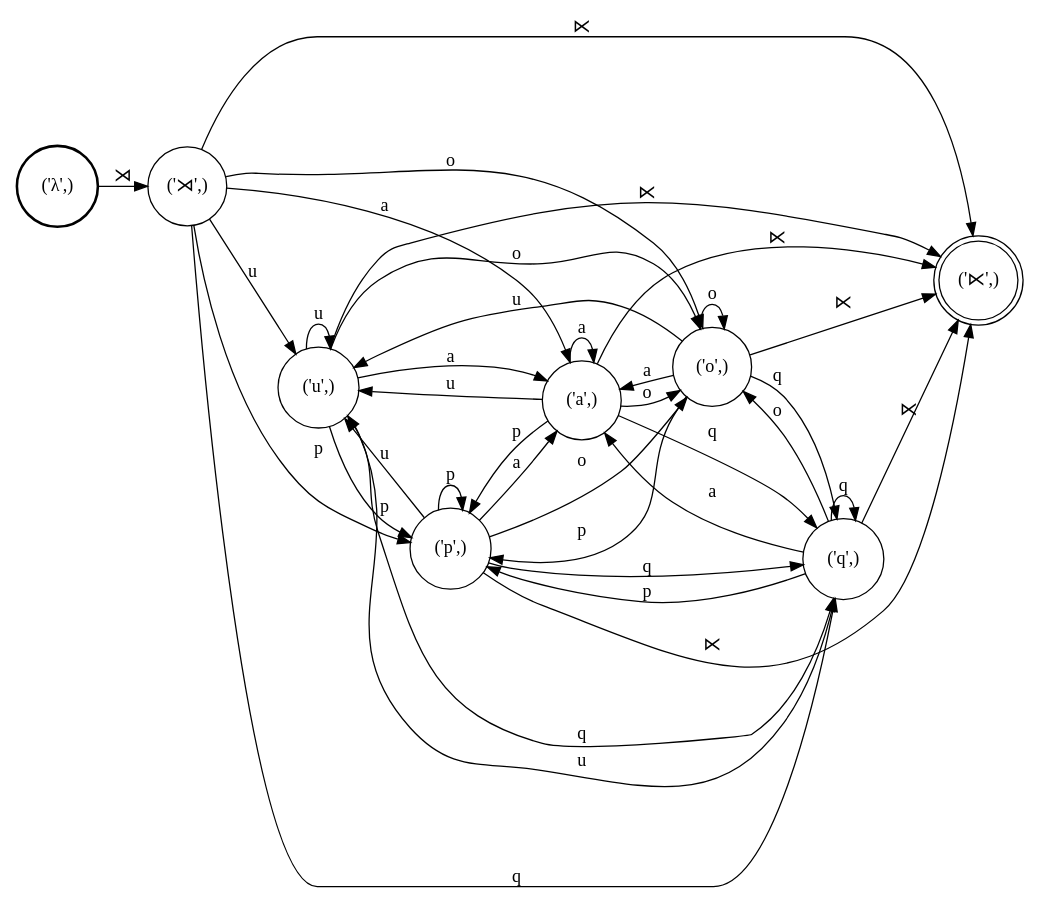
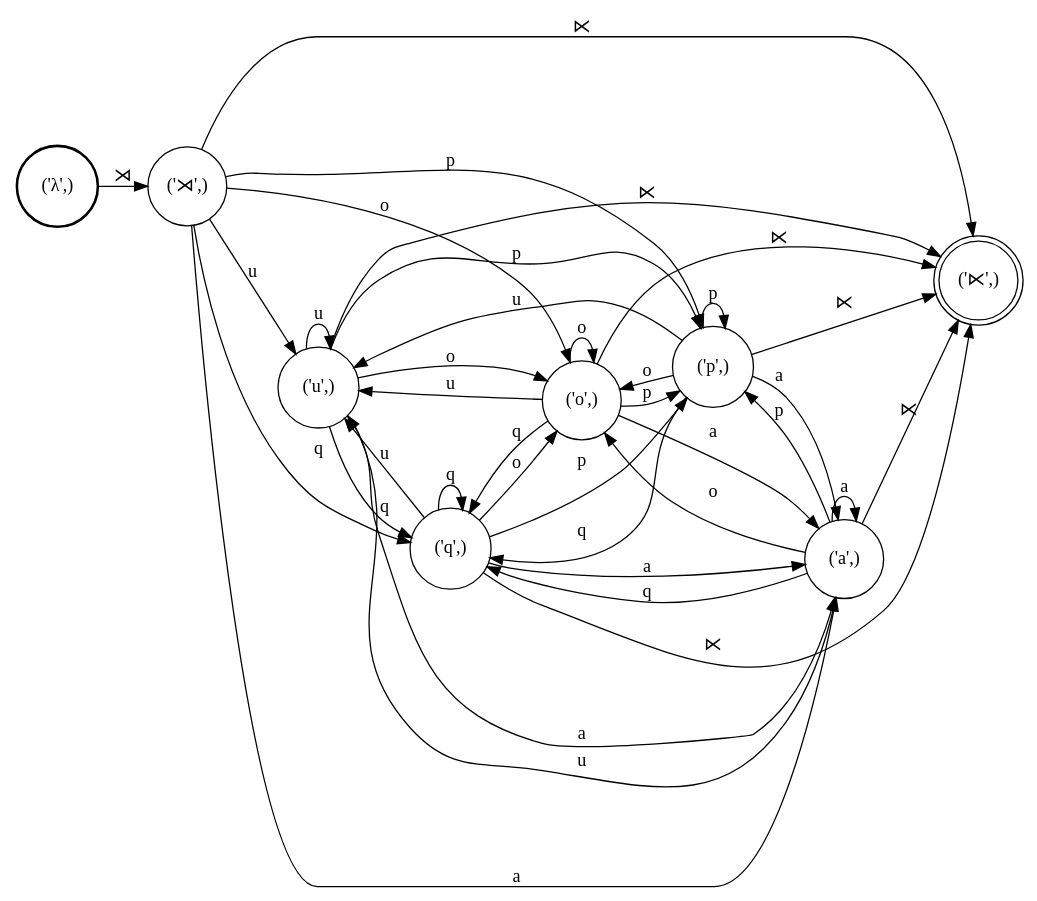
The diagram in demo/quechua/Left_context.dot (colincwilson/statgram), drawn with Graphviz before and after one commit. The commit also changed 7 other files, not shown here.

```diff
--- a/demo/quechua/Left_context.dot
+++ b/demo/quechua/Left_context.dot
@@ -1,53 +1,53 @@
 digraph FST {
 rankdir = LR;
 size = "8.5,11";
 center = 1;
 orientation = Portrait;
 ranksep = "0.4";
 nodesep = "0.25";
 0 [label = "('λ',)", shape = circle, style = bold, fontsize = 14]
 	0 -> 1 [label = "⋊", fontsize = 14];
 1 [label = "('⋊',)", shape = circle, style = solid, fontsize = 14]
 	1 -> 2 [label = "u", fontsize = 14];
-	1 -> 3 [label = "p", fontsize = 14];
-	1 -> 4 [label = "a", fontsize = 14];
-	1 -> 5 [label = "q", fontsize = 14];
-	1 -> 6 [label = "o", fontsize = 14];
+	1 -> 3 [label = "q", fontsize = 14];
+	1 -> 4 [label = "o", fontsize = 14];
+	1 -> 5 [label = "a", fontsize = 14];
+	1 -> 6 [label = "p", fontsize = 14];
 	1 -> 7 [label = "⋉", fontsize = 14];
 2 [label = "('u',)", shape = circle, style = solid, fontsize = 14]
 	2 -> 2 [label = "u", fontsize = 14];
-	2 -> 3 [label = "p", fontsize = 14];
-	2 -> 4 [label = "a", fontsize = 14];
-	2 -> 5 [label = "q", fontsize = 14];
-	2 -> 6 [label = "o", fontsize = 14];
+	2 -> 3 [label = "q", fontsize = 14];
+	2 -> 4 [label = "o", fontsize = 14];
+	2 -> 5 [label = "a", fontsize = 14];
+	2 -> 6 [label = "p", fontsize = 14];
 	2 -> 7 [label = "⋉", fontsize = 14];
-3 [label = "('p',)", shape = circle, style = solid, fontsize = 14]
+3 [label = "('q',)", shape = circle, style = solid, fontsize = 14]
 	3 -> 2 [label = "u", fontsize = 14];
-	3 -> 3 [label = "p", fontsize = 14];
-	3 -> 4 [label = "a", fontsize = 14];
-	3 -> 5 [label = "q", fontsize = 14];
-	3 -> 6 [label = "o", fontsize = 14];
+	3 -> 3 [label = "q", fontsize = 14];
+	3 -> 4 [label = "o", fontsize = 14];
+	3 -> 5 [label = "a", fontsize = 14];
+	3 -> 6 [label = "p", fontsize = 14];
 	3 -> 7 [label = "⋉", fontsize = 14];
-4 [label = "('a',)", shape = circle, style = solid, fontsize = 14]
+4 [label = "('o',)", shape = circle, style = solid, fontsize = 14]
 	4 -> 2 [label = "u", fontsize = 14];
-	4 -> 3 [label = "p", fontsize = 14];
-	4 -> 4 [label = "a", fontsize = 14];
-	4 -> 5 [label = "q", fontsize = 14];
-	4 -> 6 [label = "o", fontsize = 14];
+	4 -> 3 [label = "q", fontsize = 14];
+	4 -> 4 [label = "o", fontsize = 14];
+	4 -> 5 [label = "a", fontsize = 14];
+	4 -> 6 [label = "p", fontsize = 14];
 	4 -> 7 [label = "⋉", fontsize = 14];
-5 [label = "('q',)", shape = circle, style = solid, fontsize = 14]
+5 [label = "('a',)", shape = circle, style = solid, fontsize = 14]
 	5 -> 2 [label = "u", fontsize = 14];
-	5 -> 3 [label = "p", fontsize = 14];
-	5 -> 4 [label = "a", fontsize = 14];
-	5 -> 5 [label = "q", fontsize = 14];
-	5 -> 6 [label = "o", fontsize = 14];
+	5 -> 3 [label = "q", fontsize = 14];
+	5 -> 4 [label = "o", fontsize = 14];
+	5 -> 5 [label = "a", fontsize = 14];
+	5 -> 6 [label = "p", fontsize = 14];
 	5 -> 7 [label = "⋉", fontsize = 14];
-6 [label = "('o',)", shape = circle, style = solid, fontsize = 14]
+6 [label = "('p',)", shape = circle, style = solid, fontsize = 14]
 	6 -> 2 [label = "u", fontsize = 14];
-	6 -> 3 [label = "p", fontsize = 14];
-	6 -> 4 [label = "a", fontsize = 14];
-	6 -> 5 [label = "q", fontsize = 14];
-	6 -> 6 [label = "o", fontsize = 14];
+	6 -> 3 [label = "q", fontsize = 14];
+	6 -> 4 [label = "o", fontsize = 14];
+	6 -> 5 [label = "a", fontsize = 14];
+	6 -> 6 [label = "p", fontsize = 14];
 	6 -> 7 [label = "⋉", fontsize = 14];
 7 [label = "('⋉',)", shape = doublecircle, style = solid, fontsize = 14]
 }
```
